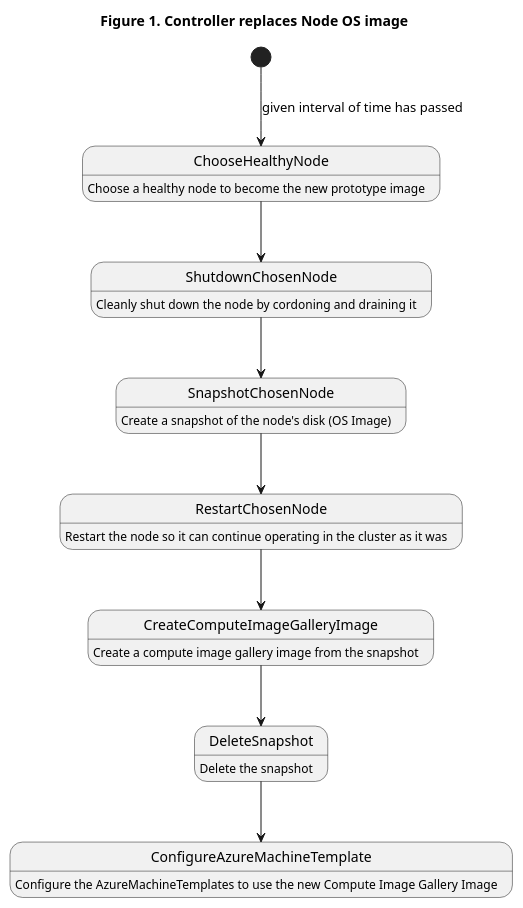
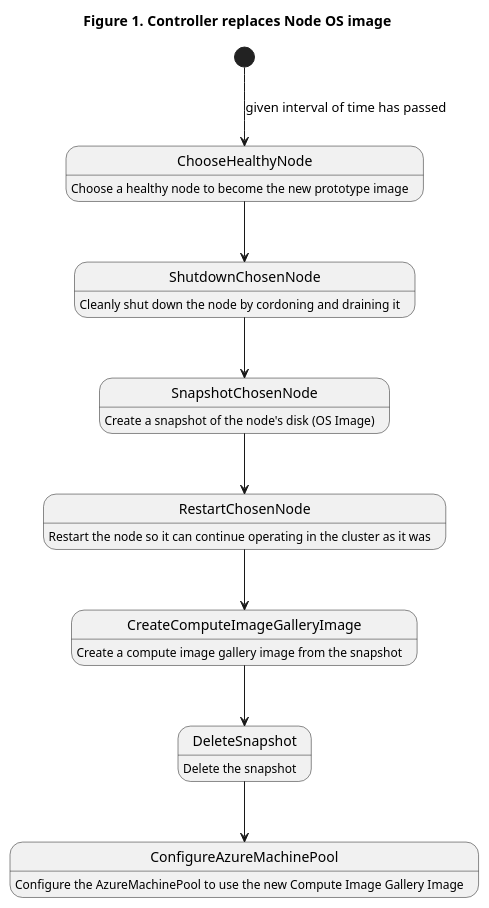
One commit to bennycortese/cluster-api-provider-azure changed the diagram in docs/proposals/images/node-os-image-cache.plantuml. Above: the diagram before and after it, drawn with PlantUML. The commit also changed 1 other file, not shown here.

Commit message:
Fixed example plantuml diagram to be more in line with what's targeted for initial implementation

```diff
--- a/docs/proposals/images/node-os-image-cache.plantuml
+++ b/docs/proposals/images/node-os-image-cache.plantuml
@@ -1,25 +1,25 @@
 @startuml
 title Figure 1. Controller replaces Node OS image
 
 [*] --> ChooseHealthyNode  : given interval of time has passed
 ChooseHealthyNode : Choose a healthy node to become the new prototype image
 ChooseHealthyNode --> ShutdownChosenNode
 
 ShutdownChosenNode : Cleanly shut down the node by cordoning and draining it
 ShutdownChosenNode --> SnapshotChosenNode
 
 SnapshotChosenNode : Create a snapshot of the node's disk (OS Image)
 SnapshotChosenNode --> RestartChosenNode
 
 RestartChosenNode : Restart the node so it can continue operating in the cluster as it was
 RestartChosenNode --> CreateComputeImageGalleryImage
 
 CreateComputeImageGalleryImage : Create a compute image gallery image from the snapshot
 CreateComputeImageGalleryImage --> DeleteSnapshot
 
 DeleteSnapshot : Delete the snapshot
-DeleteSnapshot --> ConfigureAzureMachineTemplate
+DeleteSnapshot --> ConfigureAzureMachinePool
 
-ConfigureAzureMachineTemplate : Configure the AzureMachineTemplates to use the new Compute Image Gallery Image
+ConfigureAzureMachinePool : Configure the AzureMachinePool to use the new Compute Image Gallery Image
 
 @enduml
```
